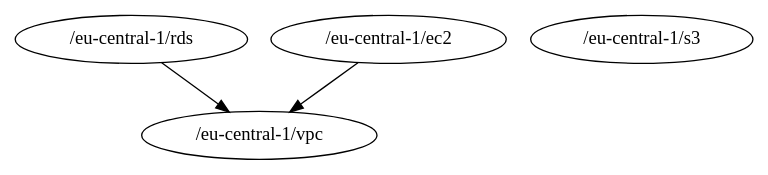
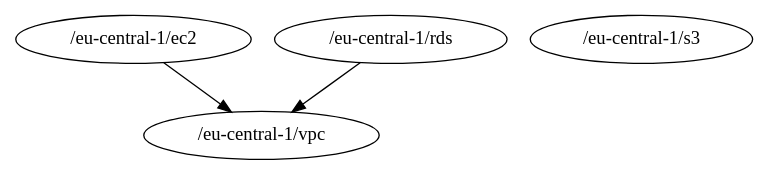
Before and after one commit to VahagnMian/TerraformImprovmentProject: the diagram in app/dag.dot, drawn with Graphviz. The commit also changed other lines of this file and 7 other files, not shown here.

```diff
--- a/app/dag.dot
+++ b/app/dag.dot
@@ -1,6 +1,6 @@
 digraph DAG {
+  "/eu-central-1/ec2" -> "/eu-central-1/vpc";
   "/eu-central-1/rds" -> "/eu-central-1/vpc";
   "/eu-central-1/s3";
   "/eu-central-1/vpc";
-  "/eu-central-1/ec2" -> "/eu-central-1/vpc";
 }
```
